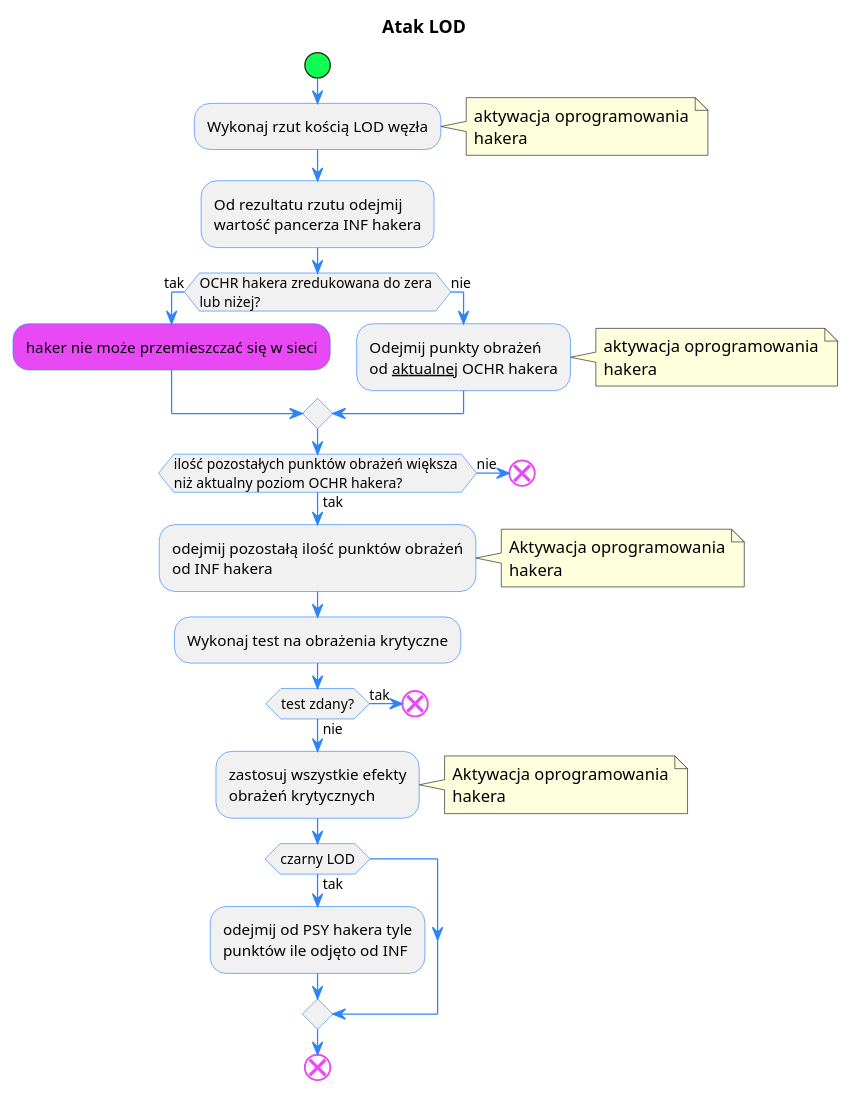
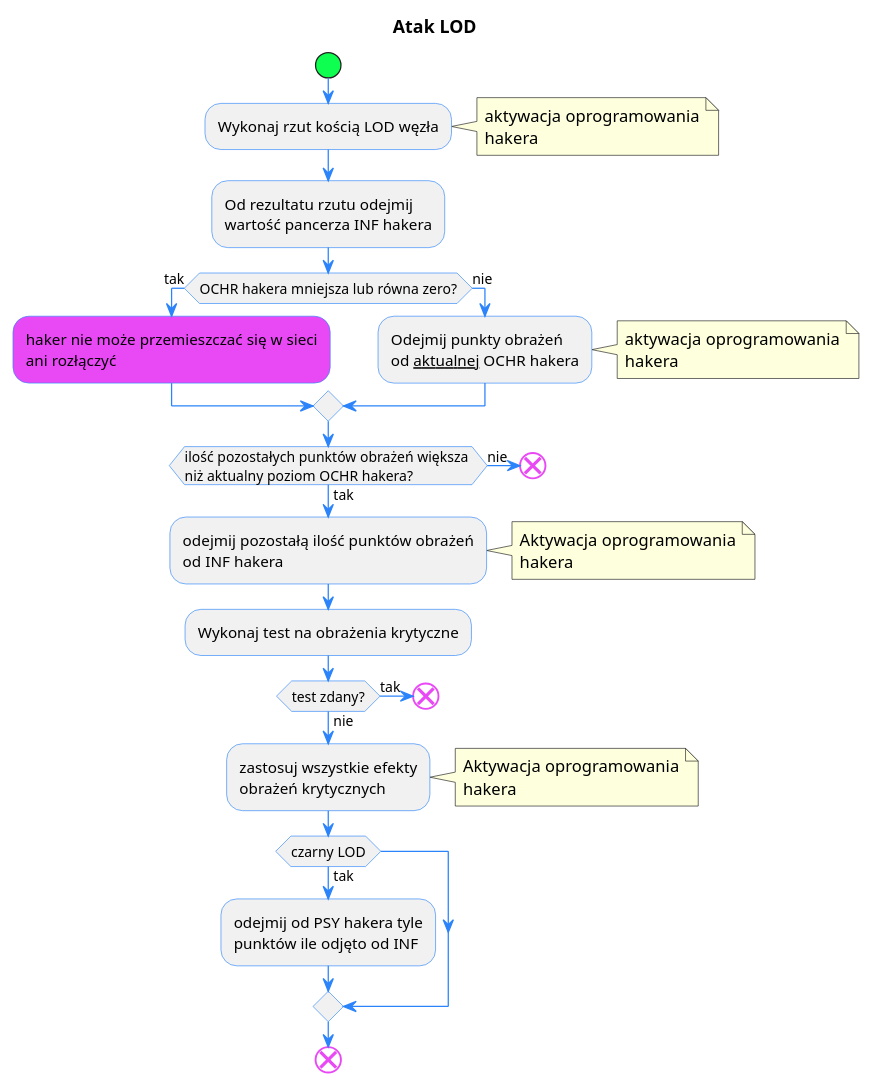
One commit to oswida/cyber changed the fifth of 5 diagrams in docs/algorithms.plantuml. Above: the diagram before and after it, drawn with PlantUML. The commit also changed other lines of this file and 5 other files, not shown here.

```diff
--- a/docs/algorithms.plantuml
+++ b/docs/algorithms.plantuml
@@ -266,59 +270,58 @@
 @startuml "Atak LOD"
 title "Atak LOD"
 skinparam defaultFontName Oxanium
 skinparam activity {
   StartColor #0fff50
   BarColor #2c84fa
   EndColor #e949f5
   BorderColor #2c84fa
   ArrowColor #2c84fa
   FontName Oxanium
 }
 start
 :Wykonaj rzut kością LOD węzła;
 note right
 aktywacja oprogramowania
 hakera
 endnote 
 :Od rezultatu rzutu odejmij 
 wartość pancerza INF hakera;
 
-if (OCHR hakera zredukowana do zera 
-lub niżej?) then (tak)
-#e949f5 :haker nie może przemieszczać się w sieci;
+if (OCHR hakera mniejsza lub równa zero?) then (tak)
+#e949f5 :haker nie może przemieszczać się w sieci\nani rozłączyć;
 else (nie)
  :Odejmij punkty obrażeń 
  od __aktualnej__ OCHR hakera;
  note right
  aktywacja oprogramowania
  hakera
  endnote
 endif
 if (ilość pozostałych punktów obrażeń większa 
 niż aktualny poziom OCHR hakera?) then (tak)
 :odejmij pozostałą ilość punktów obrażeń 
 od INF hakera;
 note right
 Aktywacja oprogramowania
 hakera
 endnote
 :Wykonaj test na obrażenia krytyczne;
 if (test zdany?) then (tak)
   end
 else (nie)
   :zastosuj wszystkie efekty 
   obrażeń krytycznych;
   note right
   Aktywacja oprogramowania
   hakera
   endnote
   if (czarny LOD) then (tak)
   :odejmij od PSY hakera tyle 
   punktów ile odjęto od INF;
   endif
 endif
 else (nie)
  end
 endif
 end
 @enduml
```
